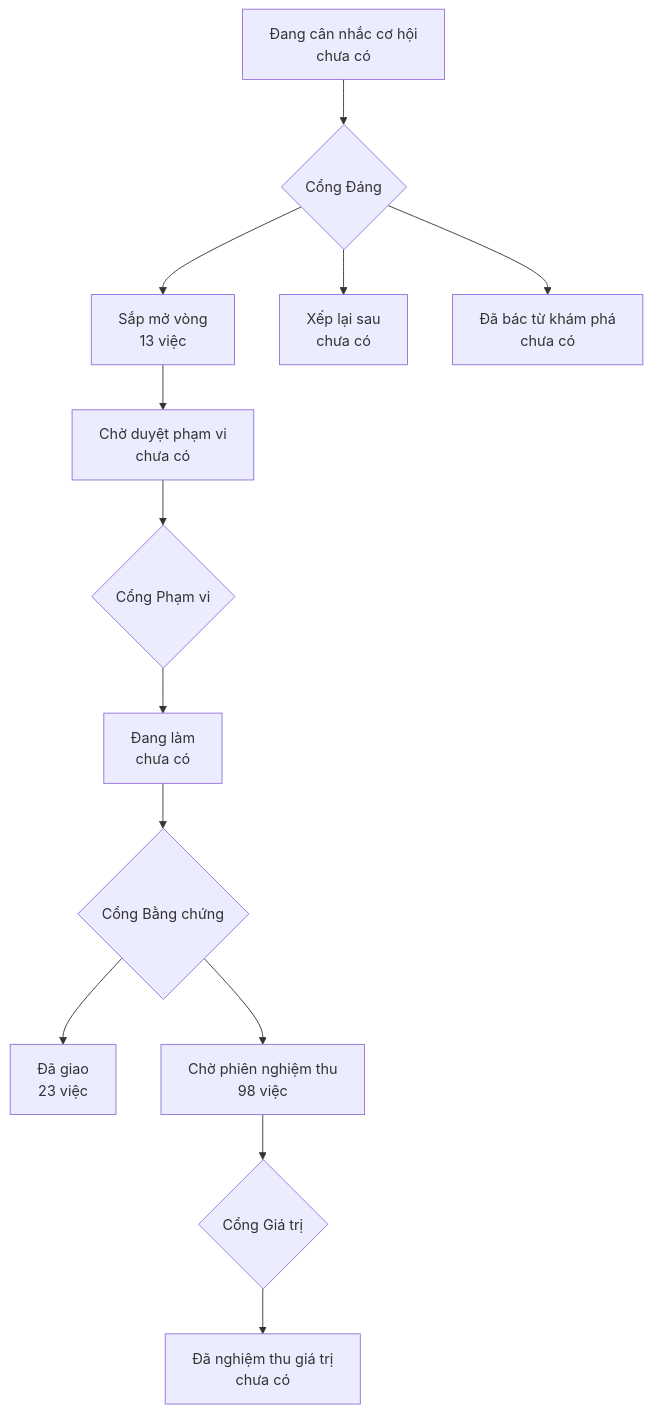
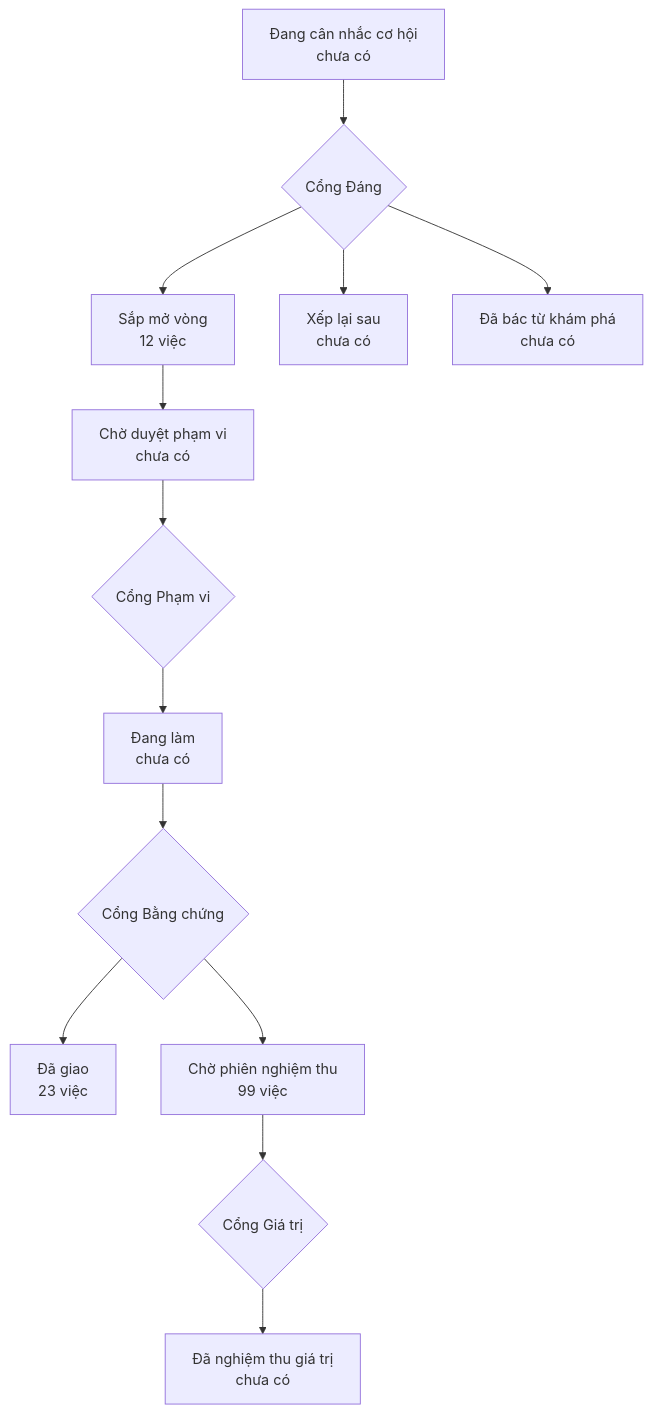
Before and after one commit to phanlemanh/onehub-quy-hang: the diagram in PRODUCT-MAP.md, drawn with Mermaid. The commit also changed other lines of this file and 1 other file, not shown here.

Commit message:
chore: vẽ lại bản đồ sau khi gộp nhánh chính

````diff
--- a/PRODUCT-MAP.md
+++ b/PRODUCT-MAP.md
@@ -7,12 +7,12 @@
 ```mermaid
 flowchart TD
   A["Đang cân nhắc cơ hội<br/>chưa có"] --> GD{"Cổng Đáng"}
-  GD --> B["Sắp mở vòng<br/>13 việc"]
+  GD --> B["Sắp mở vòng<br/>12 việc"]
   GD --> XL["Xếp lại sau<br/>chưa có"]
   GD --> DB["Đã bác từ khám phá<br/>chưa có"]
   B --> CD["Chờ duyệt phạm vi<br/>chưa có"] --> GP{"Cổng Phạm vi"}
   GP --> DL["Đang làm<br/>chưa có"] --> GB{"Cổng Bằng chứng"}
   GB --> DG["Đã giao<br/>23 việc"]
-  GB --> CN["Chờ phiên nghiệm thu<br/>98 việc"] --> GG{"Cổng Giá trị"}
+  GB --> CN["Chờ phiên nghiệm thu<br/>99 việc"] --> GG{"Cổng Giá trị"}
   GG --> NT["Đã nghiệm thu giá trị<br/>chưa có"]
 ```
````
